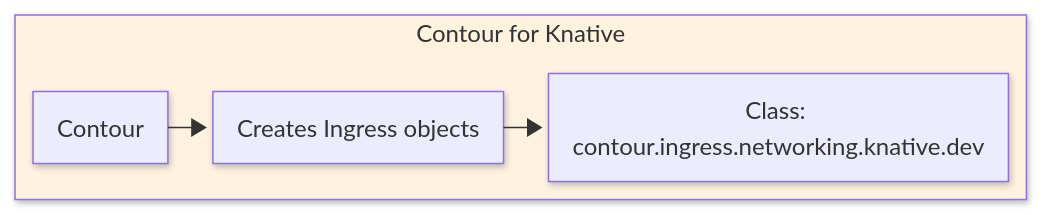
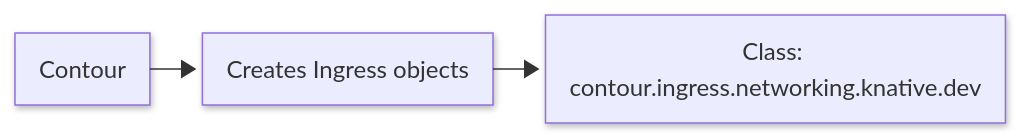
The second of 4 diagrams in docs/versioned/serving/config-network-adapters.md (knative/docs), drawn with Mermaid before and after one commit. The commit also changed other lines of this file, not shown here.

````diff
--- a/docs/versioned/serving/config-network-adapters.md
+++ b/docs/versioned/serving/config-network-adapters.md
@@ -63,14 +59,11 @@
     ```mermaid
     ---
     config:
       theme: default
       layout: elk
       look: neo
     ---
     flowchart LR
-    subgraph Contour["Contour for Knative"]
-          C1[Contour] --> C2[Creates Ingress objects]
-          C2 --> C3[Class: contour.ingress.networking.knative.dev]
-    end
-    style Contour fill:#fff3e0
+    C1["Contour"] --> C2["Creates Ingress objects"]
+    C2 --> C3["Class: contour.ingress.networking.knative.dev"]
     ```
````
